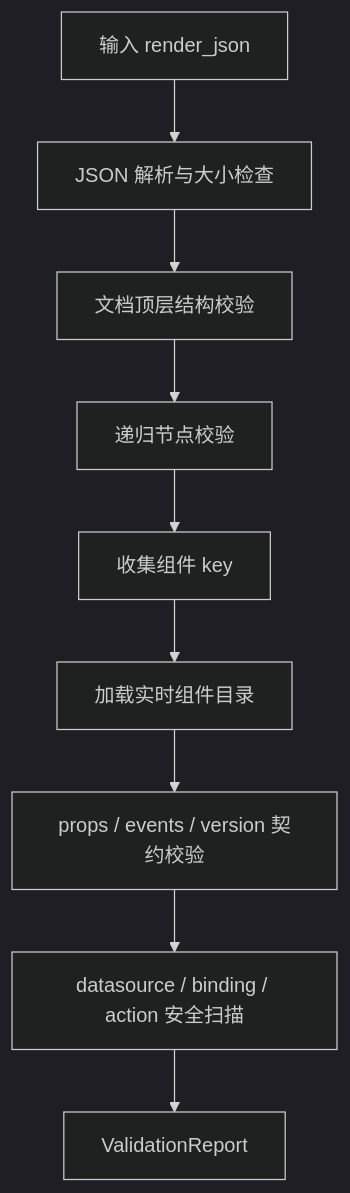
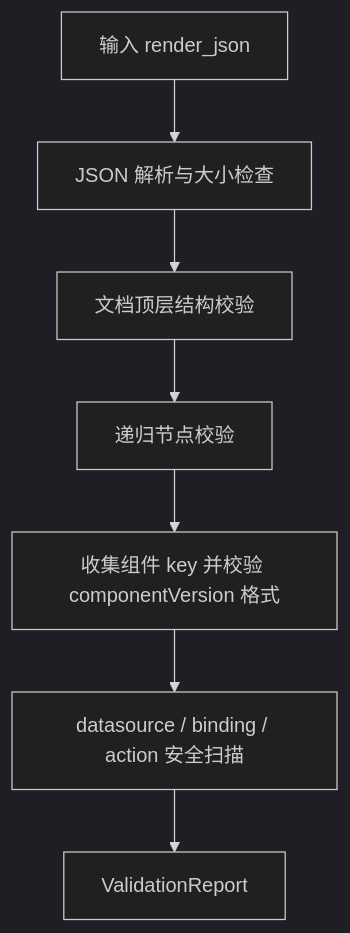
Before and after one commit to jouzitong/ai-assit-platform: the second of 2 diagrams in docs/technical/render-json/ai-generation-and-validation.md, drawn with Mermaid (dark theme). The commit also changed other lines of this file and 66 other files, not shown here.

````diff
--- a/docs/technical/render-json/ai-generation-and-validation.md
+++ b/docs/technical/render-json/ai-generation-and-validation.md
@@ -81,11 +74,9 @@
 ```mermaid
 flowchart TD
     I["输入 render_json"] --> P["JSON 解析与大小检查"]
     P --> D["文档顶层结构校验"]
     D --> N["递归节点校验"]
-    N --> C["收集组件 key"]
-    C --> L["加载实时组件目录"]
-    L --> PC["props / events / version 契约校验"]
-    PC --> S["datasource / binding / action 安全扫描"]
+    N --> C["收集组件 key 并校验 componentVersion 格式"]
+    C --> S["datasource / binding / action 安全扫描"]
     S --> R["ValidationReport"]
 ```
````
